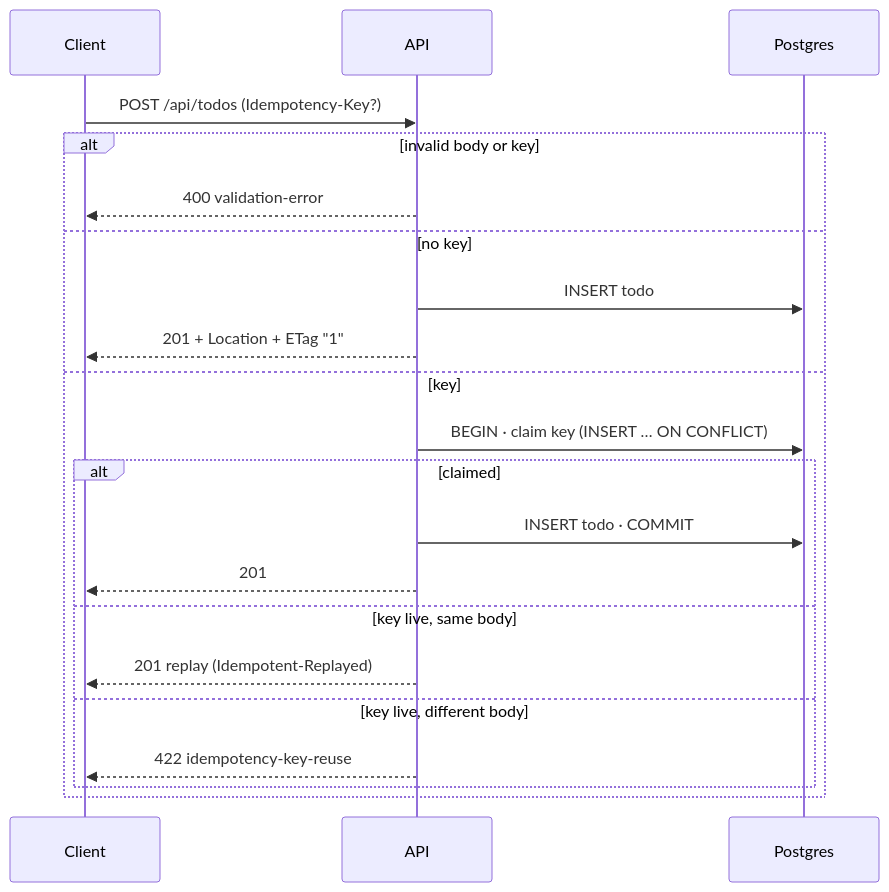
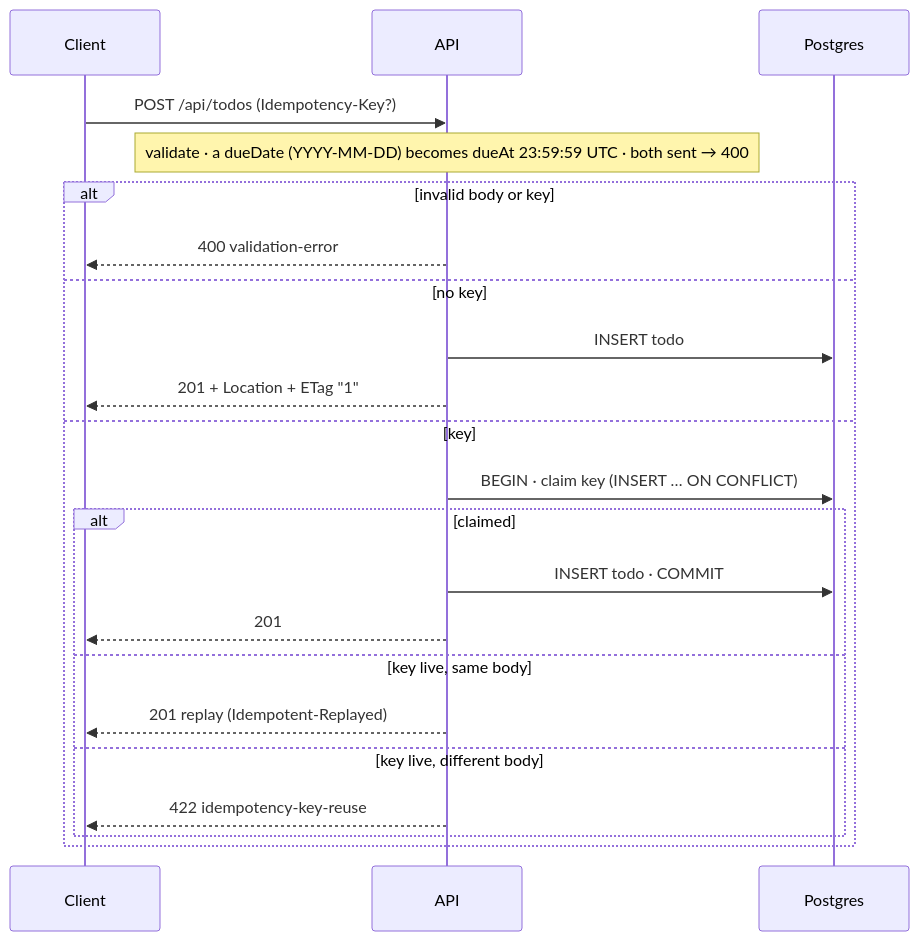
One commit to charlesmalo/FociToDo changed the first of 7 diagrams in docs/api.md. Above: the diagram before and after it, drawn with Mermaid. The commit also changed other lines of this file and 25 other files, not shown here.

First line of the commit message:
docs(diagrams): match the wireframes and diagrams to the current UI and API

````diff
--- a/docs/api.md
+++ b/docs/api.md
@@ -66,23 +66,24 @@
 ```mermaid
 sequenceDiagram
   participant C as Client
   participant A as API
   participant DB as Postgres
   C->>A: POST /api/todos (Idempotency-Key?)
+  Note over A: validate · a dueDate (YYYY-MM-DD) becomes dueAt 23:59:59 UTC · both sent → 400
   alt invalid body or key
     A-->>C: 400 validation-error
   else no key
     A->>DB: INSERT todo
     A-->>C: 201 + Location + ETag "1"
   else key
     A->>DB: BEGIN · claim key (INSERT … ON CONFLICT)
     alt claimed
       A->>DB: INSERT todo · COMMIT
       A-->>C: 201
     else key live, same body
       A-->>C: 201 replay (Idempotent-Replayed)
     else key live, different body
       A-->>C: 422 idempotency-key-reuse
     end
   end
 ```
````
